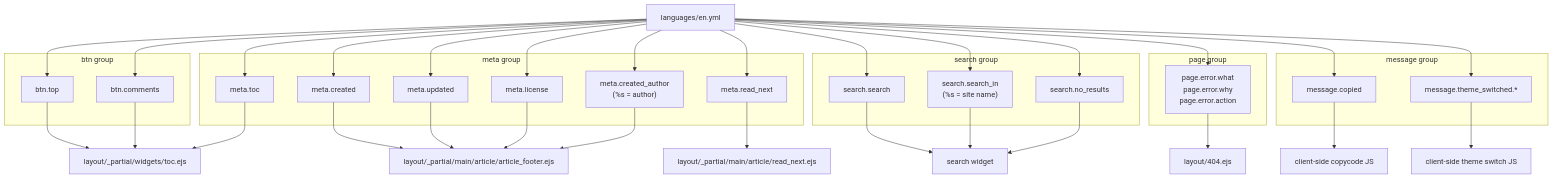
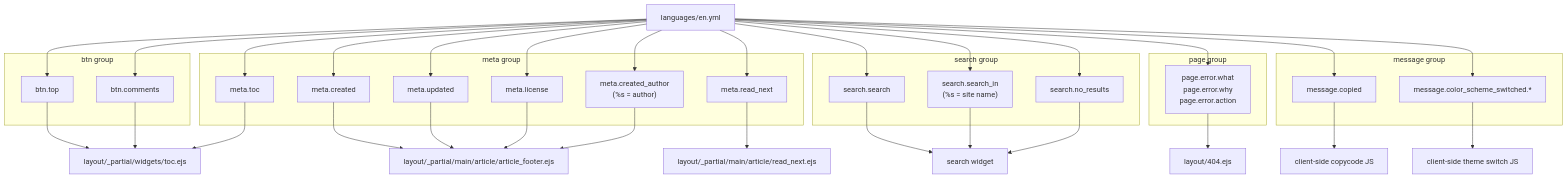
The fourth of 4 diagrams in docs/knowledge/08-本地化/localization.md (xaoxuu/hexo-theme-stellar), drawn with Mermaid before and after one commit. The commit also changed other lines of this file and 48 other files, not shown here.

````diff
--- a/docs/knowledge/08-本地化/localization.md
+++ b/docs/knowledge/08-本地化/localization.md
@@ -322,63 +322,63 @@
 ```mermaid
 flowchart TD
   en["languages/en.yml"]
 
   subgraph "btn group"
     btntop["btn.top"]
     btncomments["btn.comments"]
   end
 
   subgraph "meta group"
     metatoc["meta.toc"]
     metacreated["meta.created"]
     metaupdated["meta.updated"]
     metalicense["meta.license"]
     metareadnext["meta.read_next"]
     metacreatedauthor["meta.created_author\n(%s = author)"]
   end
 
   subgraph "search group"
     searchsearch["search.search"]
     searchin["search.search_in\n(%s = site name)"]
     searchnoresults["search.no_results"]
   end
 
   subgraph "page group"
     pageerror["page.error.what\npage.error.why\npage.error.action"]
   end
 
   subgraph "message group"
     msgcopied["message.copied"]
-    msgtheme["message.theme_switched.*"]
+    msgtheme["message.color_scheme_switched.*"]
   end
 
   en --> btntop
   en --> btncomments
   en --> metatoc
   en --> metacreated
   en --> metaupdated
   en --> metalicense
   en --> metareadnext
   en --> metacreatedauthor
   en --> searchsearch
   en --> searchin
   en --> searchnoresults
   en --> pageerror
   en --> msgcopied
   en --> msgtheme
 
   btntop --> toc["layout/_partial/widgets/toc.ejs"]
   btncomments --> toc
   metatoc --> toc
   metacreated --> article_footer["layout/_partial/main/article/article_footer.ejs"]
   metaupdated --> article_footer
   metalicense --> article_footer
   metacreatedauthor --> article_footer
   metareadnext --> read_next["layout/_partial/main/article/read_next.ejs"]
   searchsearch --> search_ui["search widget"]
   searchin --> search_ui
   searchnoresults --> search_ui
   pageerror --> error_page["layout/404.ejs"]
   msgcopied --> copycode["client-side copycode JS"]
   msgtheme --> theme_switch["client-side theme switch JS"]
 ```
````
